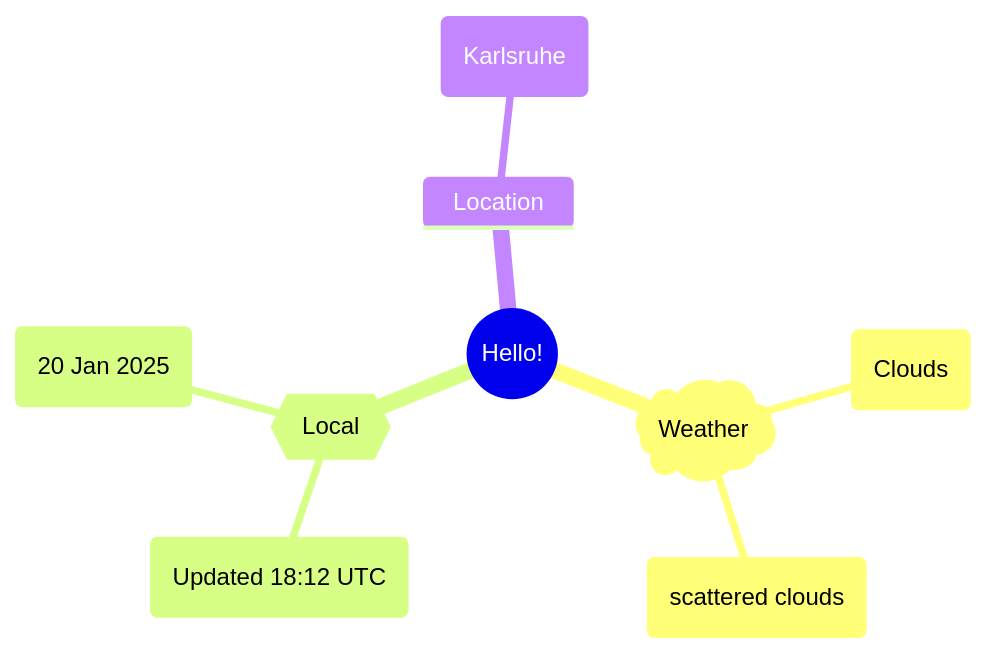
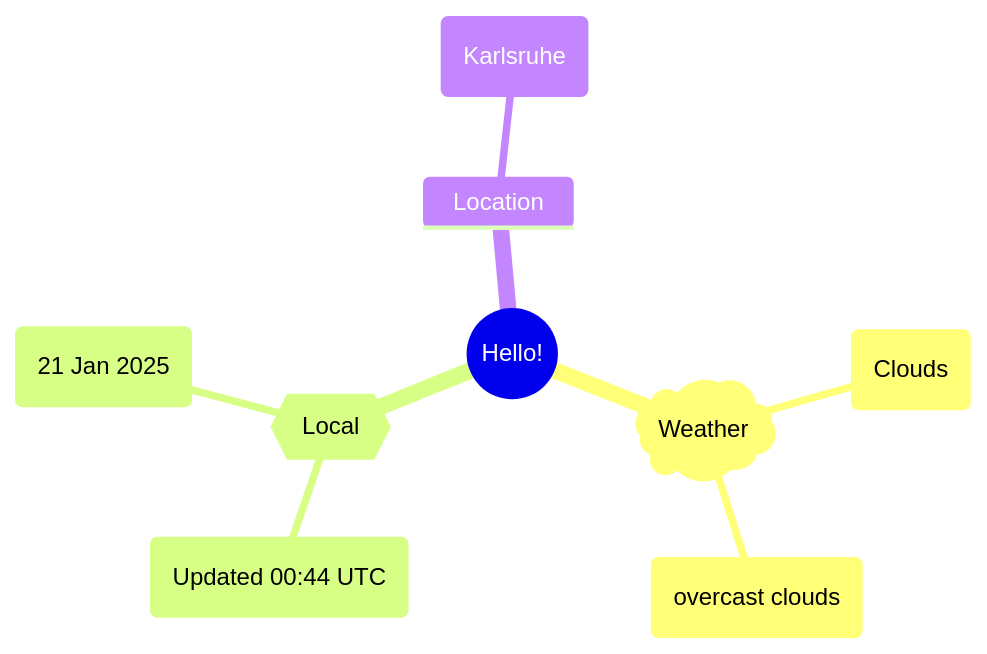
Before and after one commit to Xosrov/Xosrov: the first of 2 diagrams in README.md, drawn with Mermaid.

Commit message:
[bot] updated images

````diff
--- a/README.md
+++ b/README.md
@@ -3,12 +3,12 @@
 ```mermaid
 mindmap
   root((Hello!))
     )Weather(
         (Clouds)
-        (scattered clouds)
+        (overcast clouds)
     {{Local}}
-        (Updated 18:12 UTC)
-        (20 Jan 2025)
+        (Updated 00:44 UTC)
+        (21 Jan 2025)
     Location
         (Karlsruhe)
 ```
````
